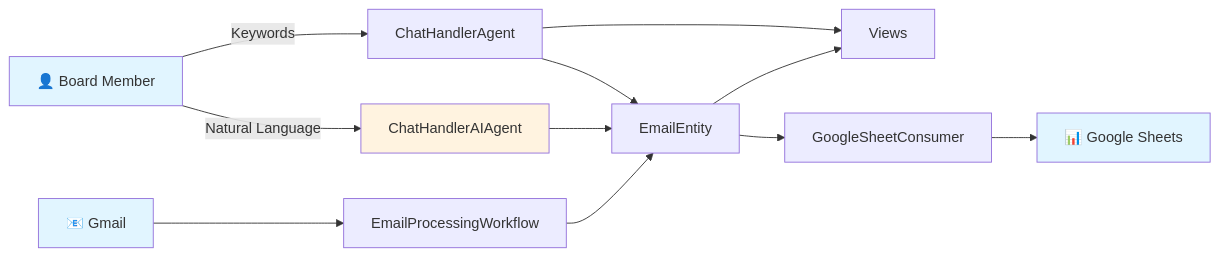
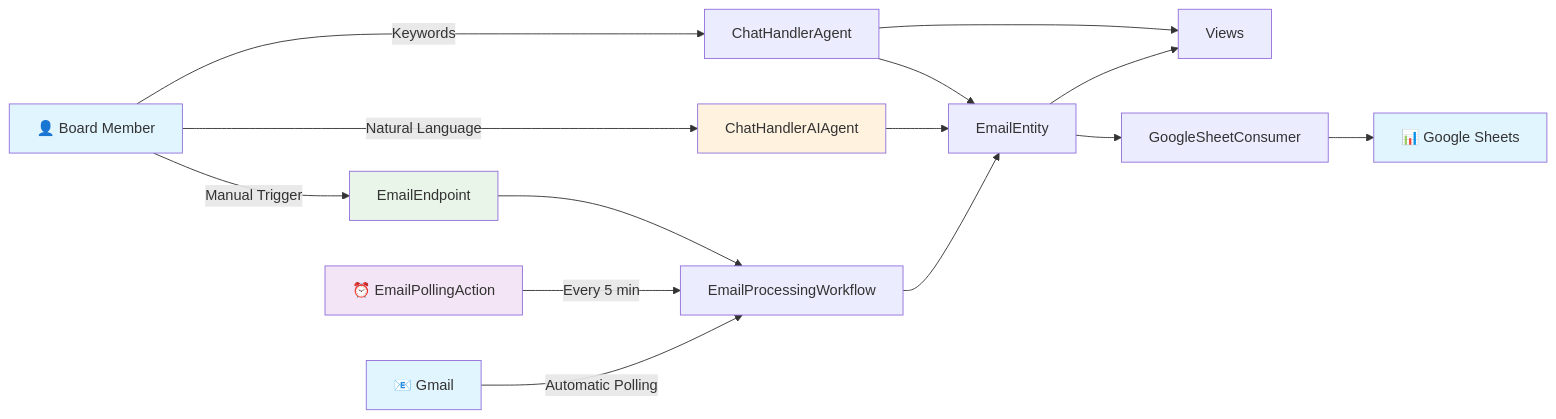
One commit to wbern/community-assistant changed the first of 3 diagrams in ARCHITECTURE.md. Above: the diagram before and after it, drawn with Mermaid. The commit also changed other lines of this file and 10 other files, not shown here.

First line of the commit message:
feat: implement automatic email polling system with environment configuration

````diff
--- a/ARCHITECTURE.md
+++ b/ARCHITECTURE.md
@@ -27,18 +27,23 @@
 ```mermaid
 flowchart LR
-    Gmail[📧 Gmail] --> Workflow[EmailProcessingWorkflow]
+    Gmail[📧 Gmail] -->|Automatic Polling| Workflow[EmailProcessingWorkflow]
+    Timer[⏰ EmailPollingAction] -->|Every 5 min| Workflow
     Workflow --> Entity[EmailEntity]
     Entity --> Views[Views]
     Entity --> Consumer[GoogleSheetConsumer]
     Consumer --> Sheets[📊 Google Sheets]
     Board[👤 Board Member] -->|Natural Language| ChatAI[ChatHandlerAIAgent]
     Board -->|Keywords| Chat[ChatHandlerAgent]
+    Board -->|Manual Trigger| HTTP[EmailEndpoint]
+    HTTP --> Workflow
     ChatAI --> Entity
     Chat --> Views
     Chat --> Entity
 
     style Gmail fill:#e1f5ff
     style Board fill:#e1f5ff
     style Sheets fill:#e1f5ff
     style ChatAI fill:#fff3e0
+    style Timer fill:#f3e5f5
+    style HTTP fill:#e8f5e8
 ```
````
